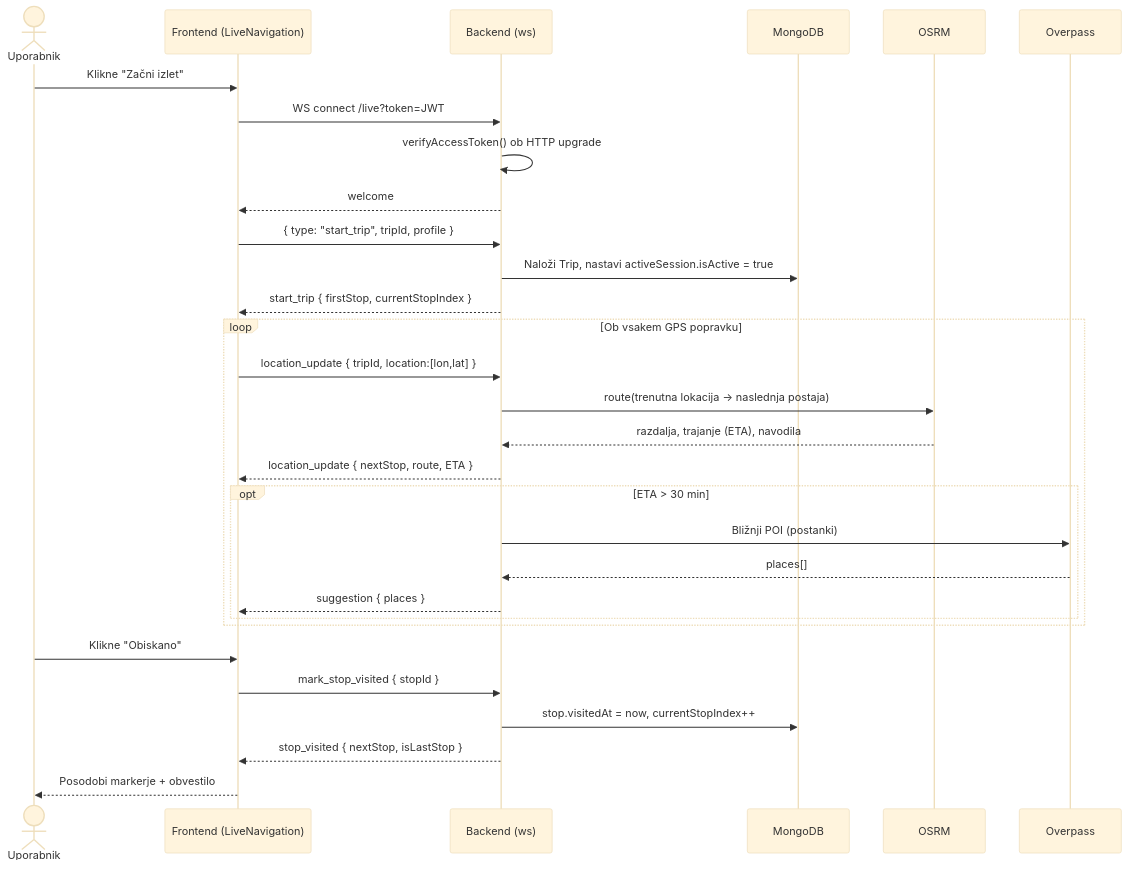
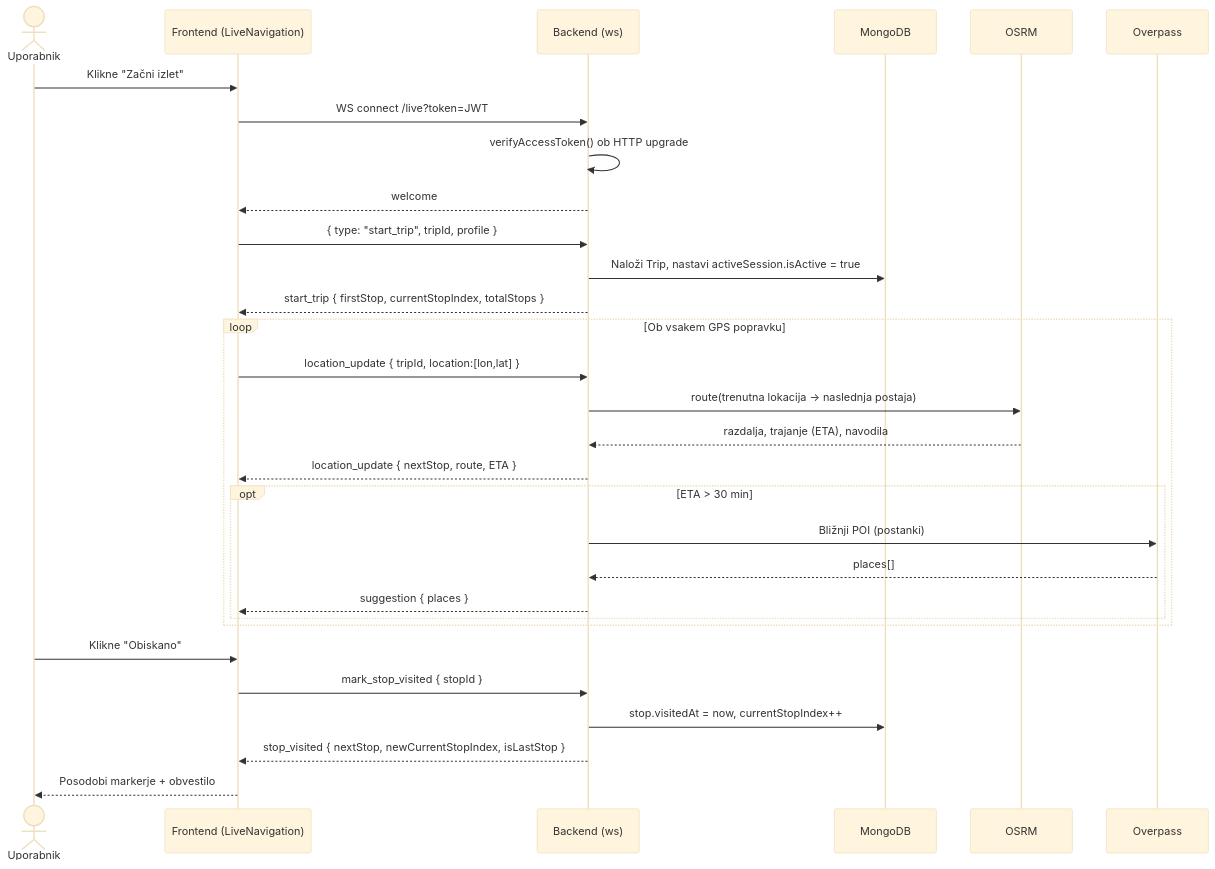
The fourth of 11 diagrams in DOKUMENTACIJA.md (DropInSlovenia/dokumentacija), drawn with Mermaid (base theme) before and after one commit. The commit also changed other lines of this file, not shown here.

````diff
--- a/DOKUMENTACIJA.md
+++ b/DOKUMENTACIJA.md
@@ -236,35 +252,35 @@
 ```mermaid
 sequenceDiagram
     actor U as Uporabnik
     participant FE as Frontend (LiveNavigation)
     participant BE as Backend (ws)
     participant DB as MongoDB
     participant OSRM as OSRM
     participant OV as Overpass
 
     U->>FE: Klikne "Začni izlet"
     FE->>BE: WS connect /live?token=JWT
     BE->>BE: verifyAccessToken() ob HTTP upgrade
     BE-->>FE: welcome
     FE->>BE: { type: "start_trip", tripId, profile }
     BE->>DB: Naloži Trip, nastavi activeSession.isActive = true
-    BE-->>FE: start_trip { firstStop, currentStopIndex }
+    BE-->>FE: start_trip { firstStop, currentStopIndex, totalStops }
 
     loop Ob vsakem GPS popravku
         FE->>BE: location_update { tripId, location:[lon,lat] }
         BE->>OSRM: route(trenutna lokacija → naslednja postaja)
         OSRM-->>BE: razdalja, trajanje (ETA), navodila
         BE-->>FE: location_update { nextStop, route, ETA }
         opt ETA > 30 min
             BE->>OV: Bližnji POI (postanki)
             OV-->>BE: places[]
             BE-->>FE: suggestion { places }
         end
     end
 
     U->>FE: Klikne "Obiskano"
     FE->>BE: mark_stop_visited { stopId }
     BE->>DB: stop.visitedAt = now, currentStopIndex++
-    BE-->>FE: stop_visited { nextStop, isLastStop }
+    BE-->>FE: stop_visited { nextStop, newCurrentStopIndex, isLastStop }
     FE-->>U: Posodobi markerje + obvestilo
 ```
````
